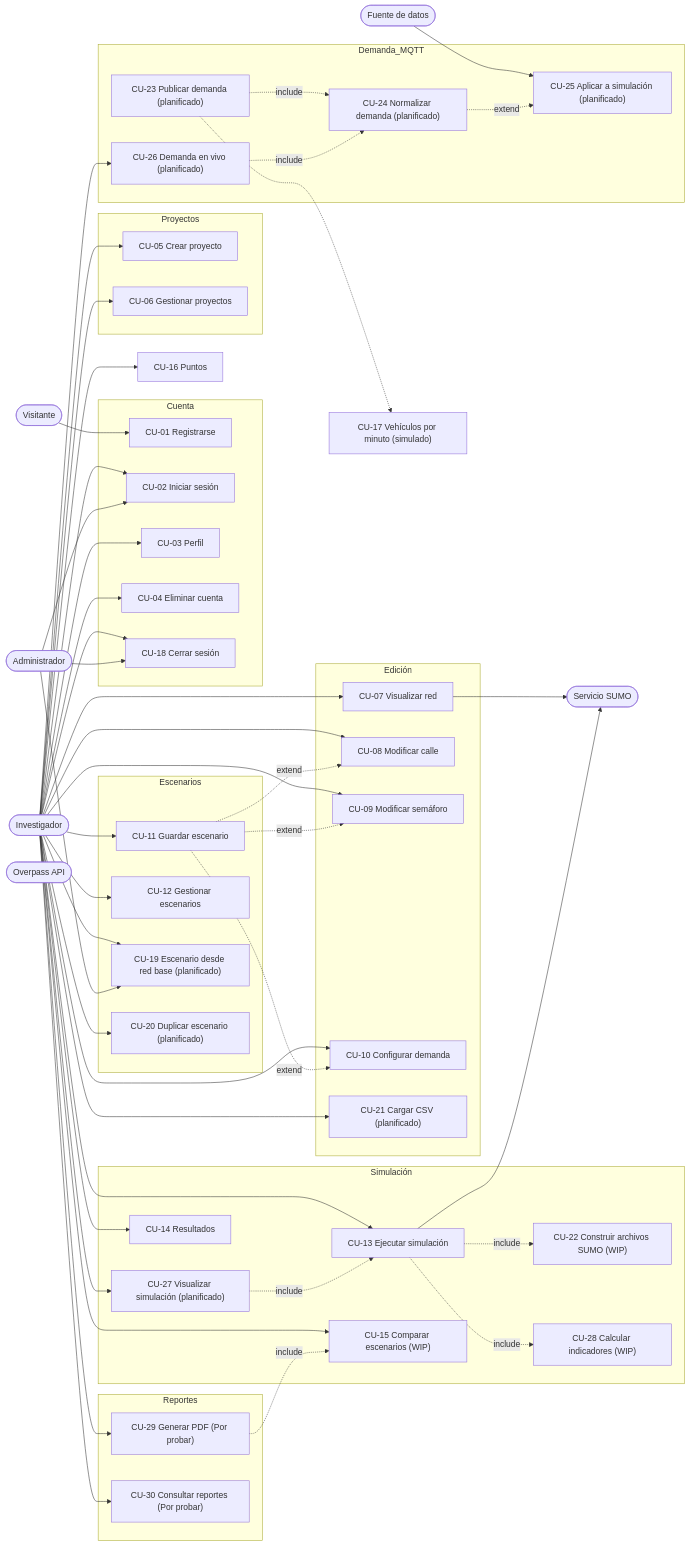
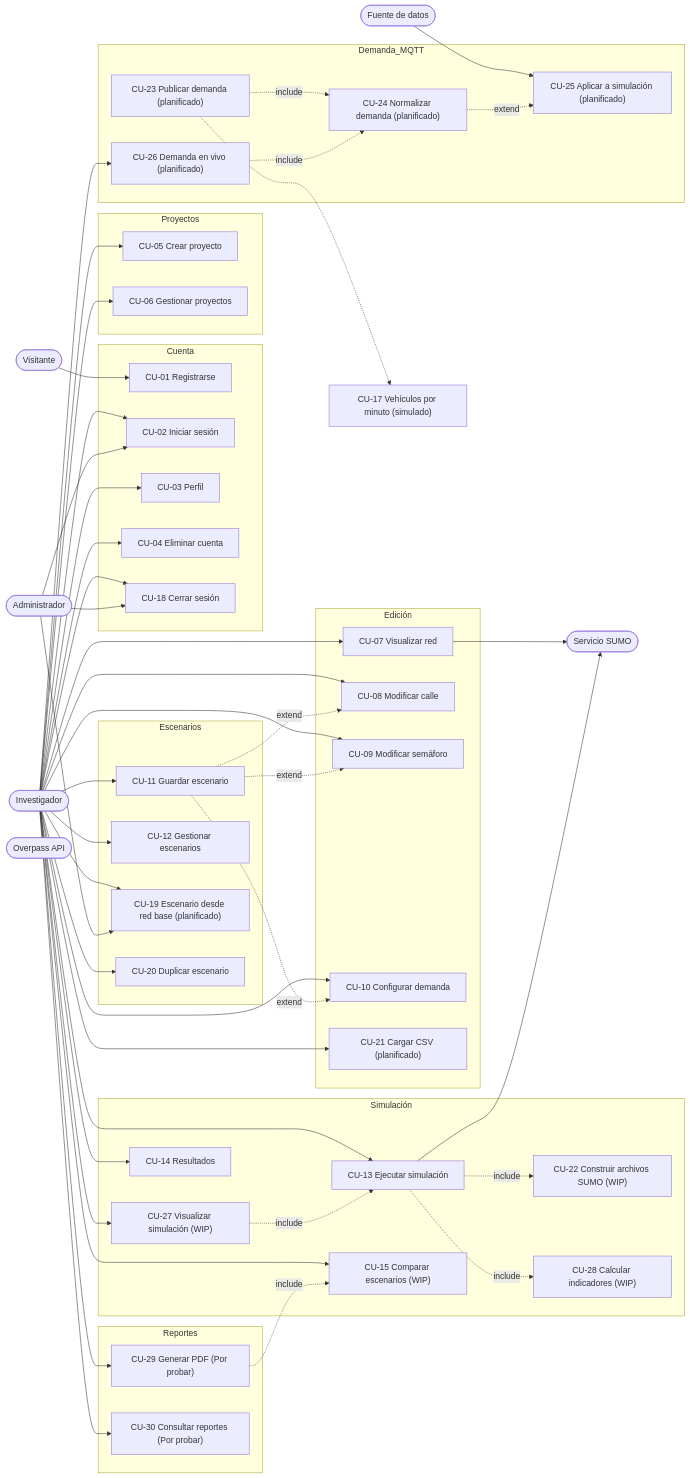
One commit to DMau1420/TranSystem-Twins changed the fourth of 16 diagrams in casosdeusocorregido.md. Above: the diagram before and after it, drawn with Mermaid. The commit also changed other lines of this file and 5 other files, not shown here.

````diff
--- a/casosdeusocorregido.md
+++ b/casosdeusocorregido.md
@@ -366,75 +347,74 @@
 ```mermaid
 flowchart LR
     U([Investigador])
     V([Visitante])
     A([Administrador])
     F([Fuente de datos])
     SUMO([Servicio SUMO])
     OSM([Overpass API])
 
     subgraph Cuenta
         CU01[CU-01 Registrarse]
         CU02[CU-02 Iniciar sesión]
         CU03[CU-03 Perfil]
         CU04[CU-04 Eliminar cuenta]
         CU18[CU-18 Cerrar sesión]
     end
     subgraph Proyectos
         CU05[CU-05 Crear proyecto]
         CU06[CU-06 Gestionar proyectos]
     end
     subgraph Edición
         CU07[CU-07 Visualizar red]
         CU08[CU-08 Modificar calle]
         CU09[CU-09 Modificar semáforo]
         CU10[CU-10 Configurar demanda]
         CU21["CU-21 Cargar CSV (planificado)"]
     end
     subgraph Escenarios
         CU11[CU-11 Guardar escenario]
         CU12[CU-12 Gestionar escenarios]
         CU19["CU-19 Escenario desde red base (planificado)"]
-        CU20["CU-20 Duplicar escenario (planificado)"]
+        CU20[CU-20 Duplicar escenario]
     end
     subgraph Simulación
         CU13[CU-13 Ejecutar simulación]
         CU22["CU-22 Construir archivos SUMO (WIP)"]
-        CU27["CU-27 Visualizar simulación (planificado)"]
+        CU27["CU-27 Visualizar simulación (WIP)"]
         CU28["CU-28 Calcular indicadores (WIP)"]
         CU14[CU-14 Resultados]
         CU15["CU-15 Comparar escenarios (WIP)"]
     end
     subgraph Demanda_MQTT
         CU23["CU-23 Publicar demanda (planificado)"]
         CU24["CU-24 Normalizar demanda (planificado)"]
         CU25["CU-25 Aplicar a simulación (planificado)"]
         CU26["CU-26 Demanda en vivo (planificado)"]
     end
     subgraph Reportes
         CU29["CU-29 Generar PDF (Por probar)"]
         CU30["CU-30 Consultar reportes (Por probar)"]
     end
-    CU16[CU-16 Puntos]
     CU17["CU-17 Vehículos por minuto (simulado)"]
 
     V --> CU01
     U --> CU02 & CU03 & CU04 & CU05 & CU06
     U --> CU07 & CU08 & CU09 & CU10 & CU11 & CU12
-    U --> CU13 & CU14 & CU15 & CU16
-    U --> CU18 & CU19 & CU20 & CU21 & CU26 & CU27 & CU29 & CU30
+    U --> CU13 & CU14 & CU15 & CU20
+    U --> CU18 & CU19 & CU21 & CU26 & CU27 & CU29 & CU30
     A --> CU02 & CU18 & CU19
     F --> CU25
     CU13 -. include .-> CU22
     CU13 -. include .-> CU28
     CU13 --> SUMO
     CU07 --> SUMO
     CU11 -. extend .-> CU08
     CU11 -. extend .-> CU09
     CU11 -. extend .-> CU10
     CU23 -. include .-> CU24
     CU24 -. extend .-> CU25
     CU26 -. include .-> CU24
     CU27 -. include .-> CU13
     CU29 -. include .-> CU15
     CU23 -.-> CU17
 ```
````
